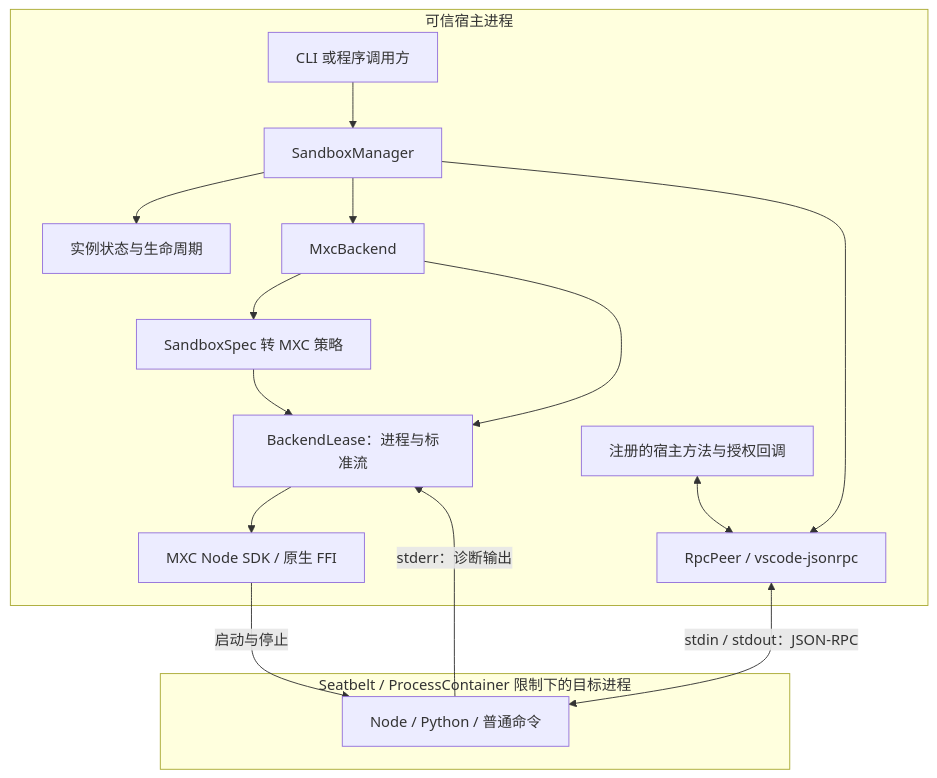
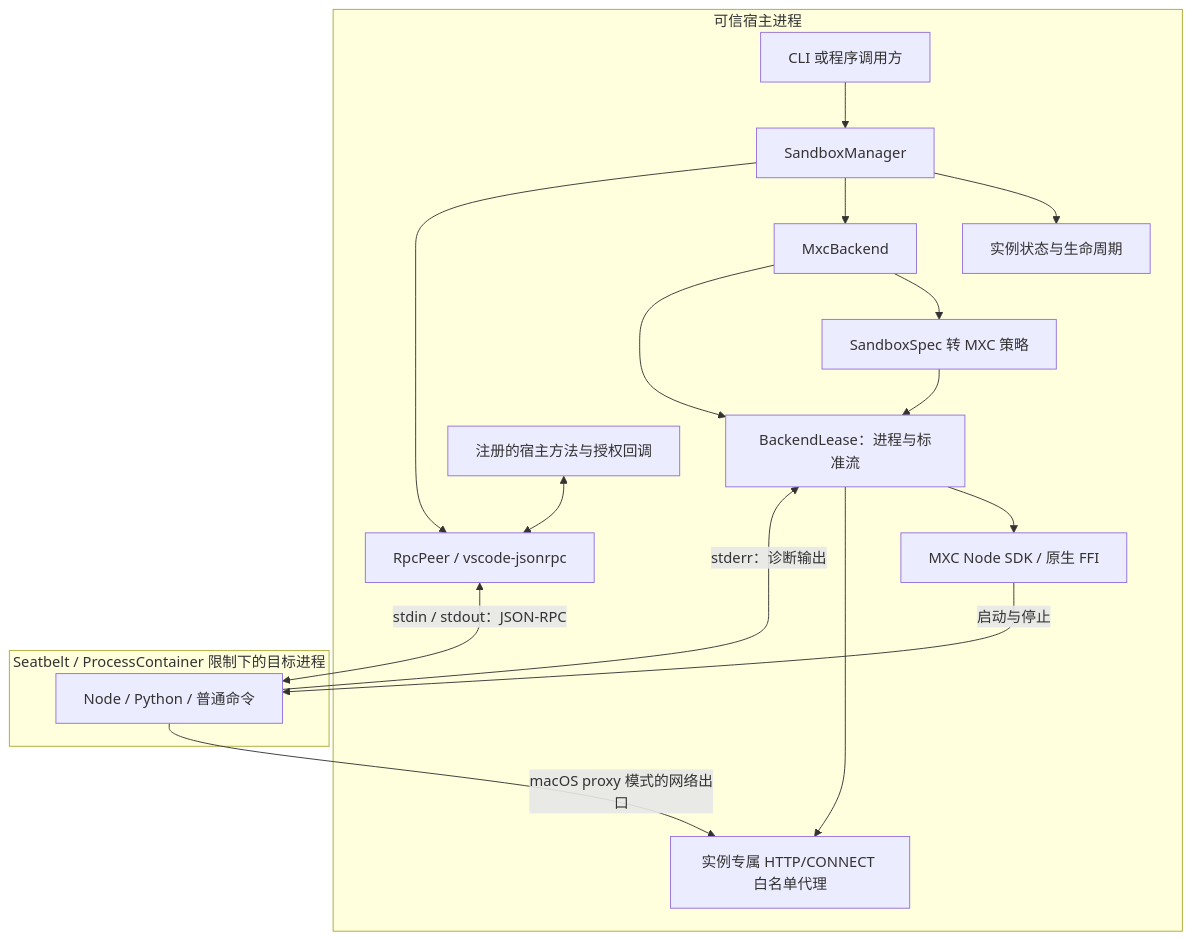
One commit to CherryHQ/cherry-studio changed the first of 2 diagrams in docs/sandbox/architecture.md. Above: the diagram before and after it, drawn with Mermaid. The commit also changed other lines of this file and 43 other files, not shown here.

````diff
--- a/docs/sandbox/architecture.md
+++ b/docs/sandbox/architecture.md
@@ -30,20 +42,22 @@
 ```mermaid
 flowchart TB
     subgraph Host[可信宿主进程]
         Caller[CLI 或程序调用方] --> Manager[SandboxManager]
         Manager --> Instance[实例状态与生命周期]
         Manager --> Backend[MxcBackend]
         Backend --> Policy[SandboxSpec 转 MXC 策略]
         Backend --> Lease[BackendLease：进程与标准流]
         Policy --> Lease
         Lease --> SDK[MXC Node SDK / 原生 FFI]
+        Lease --> Proxy[实例专属 HTTP/CONNECT 白名单代理]
         Manager --> RPC[RpcPeer / vscode-jsonrpc]
         Methods[注册的宿主方法与授权回调] <--> RPC
     end
     subgraph Target[Seatbelt / ProcessContainer 限制下的目标进程]
         Guest[Node / Python / 普通命令]
     end
     SDK -->|启动与停止| Guest
     RPC <-->|stdin / stdout：JSON-RPC| Guest
     Guest -->|stderr：诊断输出| Lease
+    Guest -->|macOS proxy 模式的网络出口| Proxy
 ```
````
